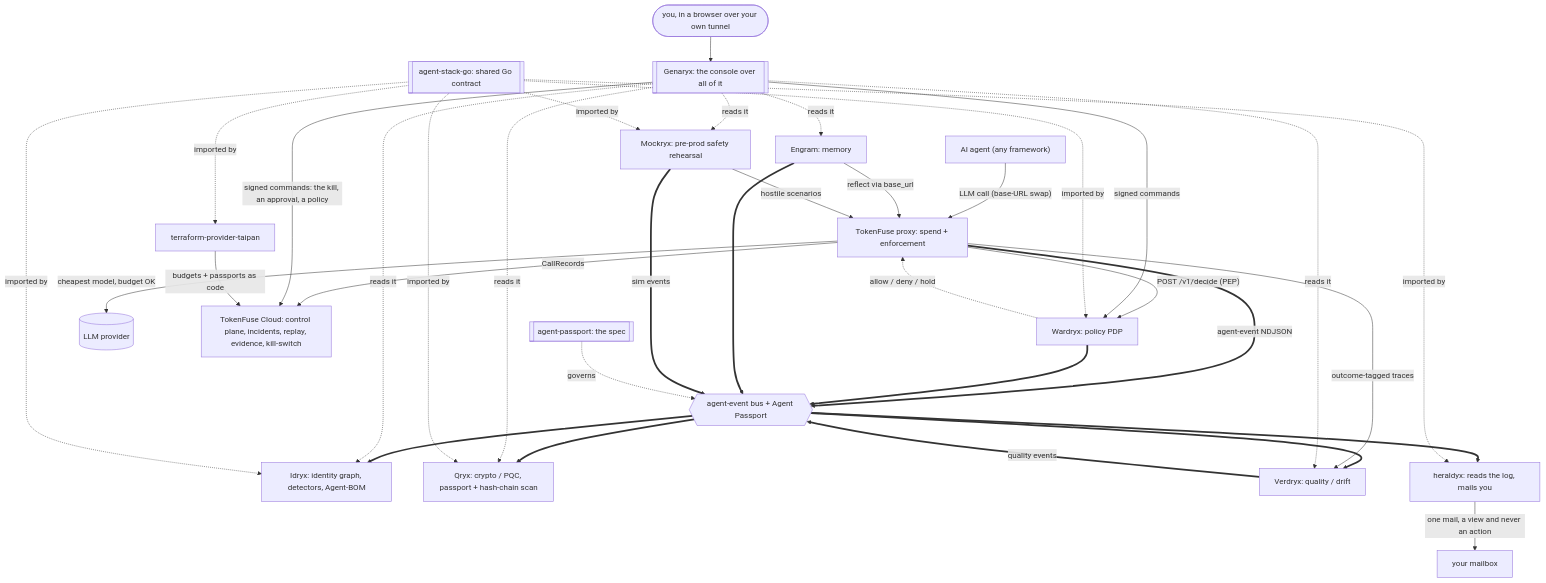
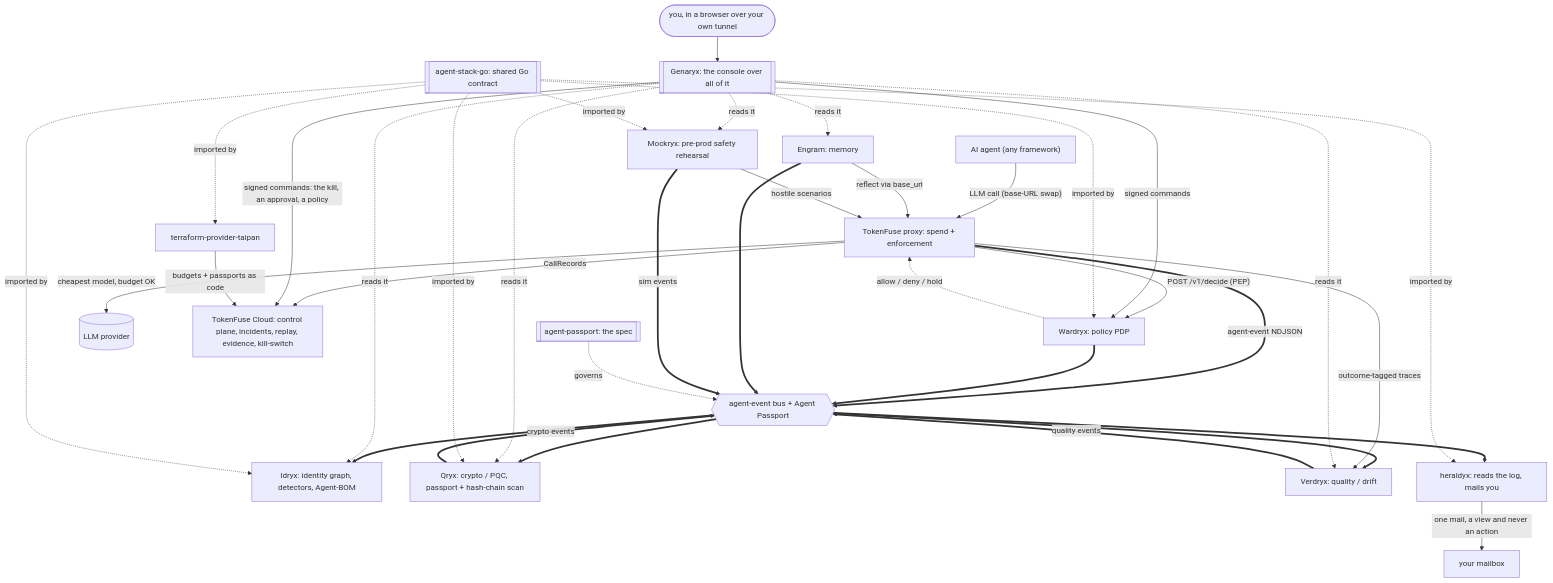
One commit to TAIPANBOX/agent-passport changed the diagram in README.md. Above: the diagram before and after it, drawn with Mermaid.

Commit message:
docs: the stack diagram had qryx reading the bus and never writing to it
The mermaid flowchart drew `BUS ==> QX` and no arrow back, so the picture
said qryx consumes agent-events and emits none. Five lines above it, the
alt text of the platform diagram counts qryx among the six emitters, and
the adoption table on the same page lists its emitter by path.

Verified against the code, not the prose: `Qryx/internal/exporter`
declares `const source = "qryx"`, names `crypto_finding` / `crypto_drift`
/ `policy_violation` / `evidence_signed` after this spec's 6.2 row, writes
through agent-stack-go's `event.ChainedWriter`, and is reachable from
`cmd/qryx/main.go`'s `-events` flag.

Before:  BUS ==> QX["Qryx: crypto / PQC, passport + hash-chain scan"]
After:   the same line, plus  QX ==>|"crypto events"| BUS

````diff
--- a/README.md
+++ b/README.md
@@ -62,37 +62,38 @@
 ```mermaid
 flowchart TB
   Agent["AI agent (any framework)"] -->|"LLM call (base-URL swap)"| TF["TokenFuse proxy: spend + enforcement"]
   TF -->|"POST /v1/decide (PEP)"| WX["Wardryx: policy PDP"]
   WX -.->|"allow / deny / hold"| TF
   TF -->|"cheapest model, budget OK"| LLM[("LLM provider")]
   TF -->|"CallRecords"| CL["TokenFuse Cloud: control plane, incidents, replay, evidence, kill-switch"]
   TF ==>|"agent-event NDJSON"| BUS{{"agent-event bus + Agent Passport"}}
   WX ==> BUS
   ENG["Engram: memory"] -->|"reflect via base_url"| TF
   ENG ==> BUS
   BUS ==> IDX["Idryx: identity graph, detectors, Agent-BOM"]
   BUS ==> QX["Qryx: crypto / PQC, passport + hash-chain scan"]
+  QX ==>|"crypto events"| BUS
   BUS ==> VX["Verdryx: quality / drift"]
   VX ==>|"quality events"| BUS
   TF -->|"outcome-tagged traces"| VX
   MX["Mockryx: pre-prod safety rehearsal"] -->|"hostile scenarios"| TF
   MX ==>|"sim events"| BUS
   BUS ==> HX["heraldyx: reads the log, mails you"]
   HX -->|"one mail, a view and never an action"| OPS["your mailbox"]
   YOU(["you, in a browser over your own tunnel"]) --> GX[["Genaryx: the console over all of it"]]
   GX -->|"signed commands: the kill, an approval, a policy"| CL
   GX -->|"signed commands"| WX
   GX -.->|"reads it"| IDX
   GX -.->|"reads it"| QX
   GX -.->|"reads it"| VX
   GX -.->|"reads it"| MX
   GX -.->|"reads it"| ENG
   TFP["terraform-provider-taipan"] -->|"budgets + passports as code"| CL
   ASG[["agent-stack-go: shared Go contract"]] -.->|imported by| IDX
   ASG -.->|imported by| WX
   ASG -.->|imported by| MX
   ASG -.->|imported by| TFP
   ASG -.->|imported by| HX
   ASG -.->|imported by| QX
   SPEC[["agent-passport: the spec"]] -.->|governs| BUS
 ```
````
